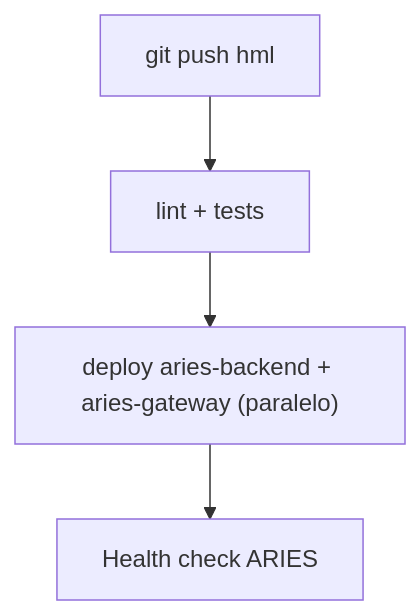
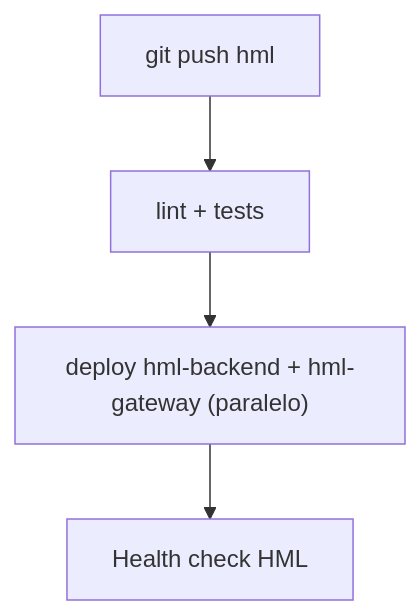
The second of 4 diagrams in docs/desarrollo/deploy/github-actions.md (GDI-AGPLv3/GDI-Docs), drawn with Mermaid before and after one commit. The commit also changed other lines of this file and 21 other files, not shown here.

````diff
--- a/docs/desarrollo/deploy/github-actions.md
+++ b/docs/desarrollo/deploy/github-actions.md
@@ -122,6 +122,6 @@
 ```mermaid
 graph TD
     A["git push hml"] --> B["lint + tests"]
-    B --> C["deploy aries-backend + aries-gateway (paralelo)"]
-    C --> D["Health check ARIES"]
+    B --> C["deploy hml-backend + hml-gateway (paralelo)"]
+    C --> D["Health check HML"]
 ```
````
